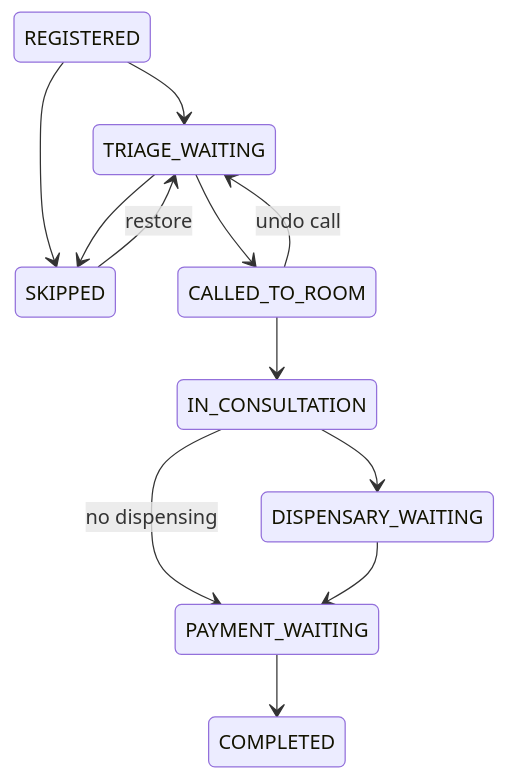
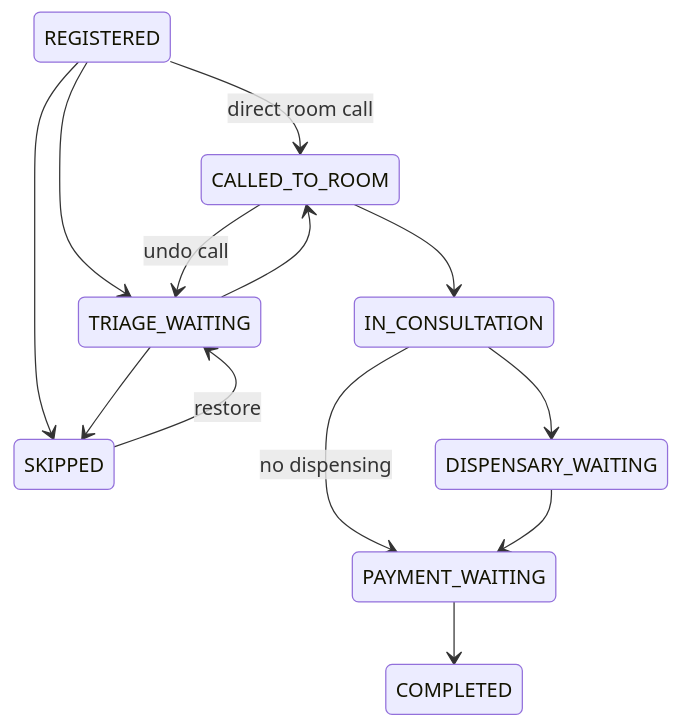
The first of 2 diagrams in CLINIC_MANAGEMENT_SYSTEM_SPECIFICATION.md (SooYM/Clinic-Management-System), drawn with Mermaid before and after one commit. The commit also changed other lines of this file and 19 other files, not shown here.

````diff
--- a/CLINIC_MANAGEMENT_SYSTEM_SPECIFICATION.md
+++ b/CLINIC_MANAGEMENT_SYSTEM_SPECIFICATION.md
@@ -74,14 +74,15 @@
 ```mermaid
 stateDiagram-v2
+  REGISTERED --> CALLED_TO_ROOM: direct room call
   REGISTERED --> TRIAGE_WAITING
   REGISTERED --> SKIPPED
   TRIAGE_WAITING --> CALLED_TO_ROOM
   CALLED_TO_ROOM --> IN_CONSULTATION
   CALLED_TO_ROOM --> TRIAGE_WAITING: undo call
   IN_CONSULTATION --> DISPENSARY_WAITING
   IN_CONSULTATION --> PAYMENT_WAITING: no dispensing
   DISPENSARY_WAITING --> PAYMENT_WAITING
   PAYMENT_WAITING --> COMPLETED
   TRIAGE_WAITING --> SKIPPED
   SKIPPED --> TRIAGE_WAITING: restore
 ```
````
